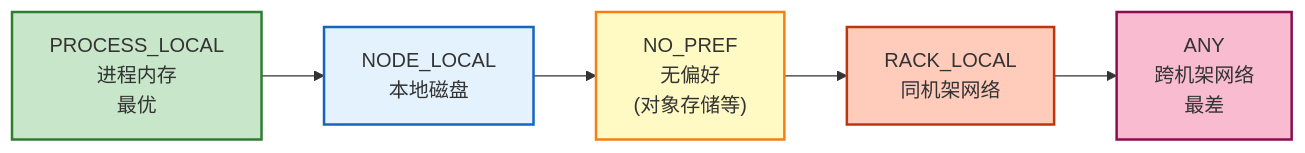
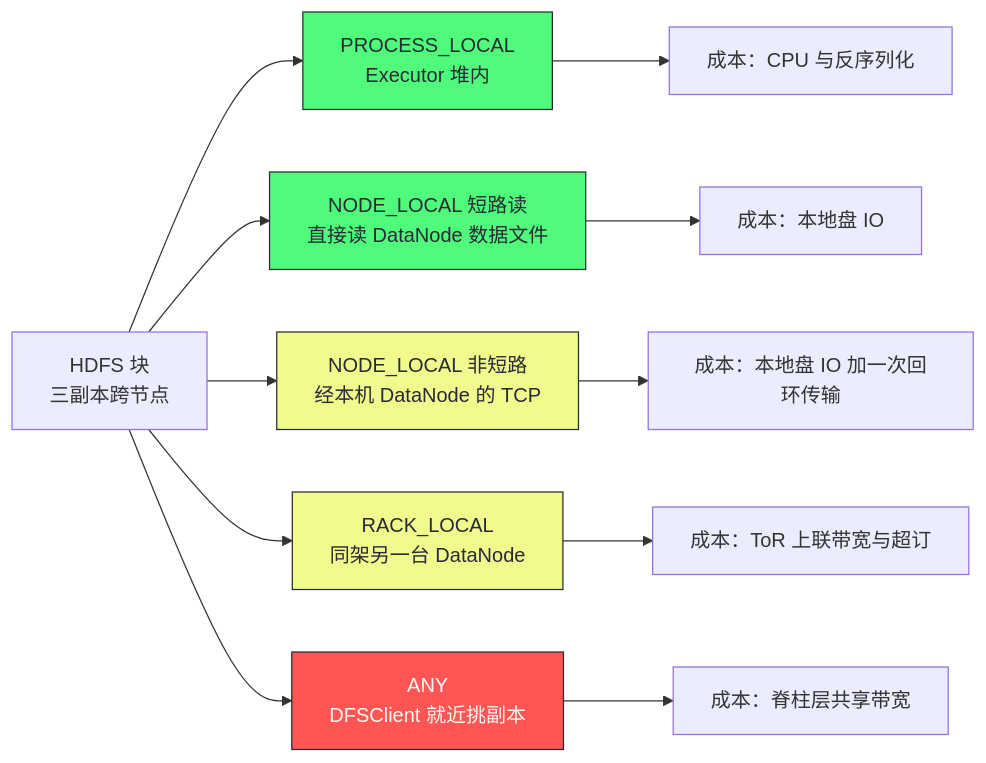
One commit to hpliStartAgain/my-brain changed the first of 4 diagrams in content/大数据/Spark/Spark-调度系统与执行模型深度解析/09 本地化调度（Locality-Aware Scheduling）：移动计算而非移动数据的实现细节.md. Above: the diagram before and after it, drawn with Mermaid. The commit also changed other lines of this file and 259 other files, not shown here.

````diff
--- a/content/大数据/Spark/Spark-调度系统与执行模型深度解析/09 本地化调度（Locality-Aware Scheduling）：移动计算而非移动数据的实现细节.md
+++ b/content/大数据/Spark/Spark-调度系统与执行模型深度解析/09 本地化调度（Locality-Aware Scheduling）：移动计算而非移动数据的实现细节.md
@@ -129,18 +28,20 @@
 ```mermaid
-graph LR
-    A["PROCESS_LOCAL</br>进程内存</br>最优"] --> B["NODE_LOCAL</br>本地磁盘"]
-    B --> C["NO_PREF</br>无偏好</br>(对象存储等)"]
-    C --> D["RACK_LOCAL</br>同机架网络"]
-    D --> E["ANY</br>跨机架网络</br>最差"]
-
-    classDef best fill:#c8e6c9,stroke:#2e7d32,stroke-width:2px;
-    classDef good fill:#e3f2fd,stroke:#1565c0,stroke-width:2px;
-    classDef neutral fill:#fff9c4,stroke:#f57f17,stroke-width:2px;
-    classDef bad fill:#ffccbc,stroke:#bf360c,stroke-width:2px;
-    classDef worst fill:#f8bbd0,stroke:#880e4f,stroke-width:2px;
-    class A best;
-    class B good;
-    class C neutral;
-    class D bad;
-    class E worst;
+%%{init: {'theme': 'dracula'}}%%
+flowchart LR
+    B["HDFS 块<br/>三副本跨节点"] --> P["PROCESS_LOCAL<br/>Executor 堆内"]
+    B --> S["NODE_LOCAL 短路读<br/>直接读 DataNode 数据文件"]
+    B --> T["NODE_LOCAL 非短路<br/>经本机 DataNode 的 TCP"]
+    B --> R["RACK_LOCAL<br/>同架另一台 DataNode"]
+    B --> A["ANY<br/>DFSClient 就近挑副本"]
+    P --> C1["成本：CPU 与反序列化"]
+    S --> C2["成本：本地盘 IO"]
+    T --> C3["成本：本地盘 IO 加一次回环传输"]
+    R --> C4["成本：ToR 上联带宽与超订"]
+    A --> C5["成本：脊柱层共享带宽"]
+    classDef near fill:#50fa7b,stroke:#282a36,color:#282a36
+    classDef mid fill:#f1fa8c,stroke:#282a36,color:#282a36
+    classDef far fill:#ff5555,stroke:#282a36,color:#f8f8f2
+    class P,S near
+    class T,R mid
+    class A far
 ```
````
